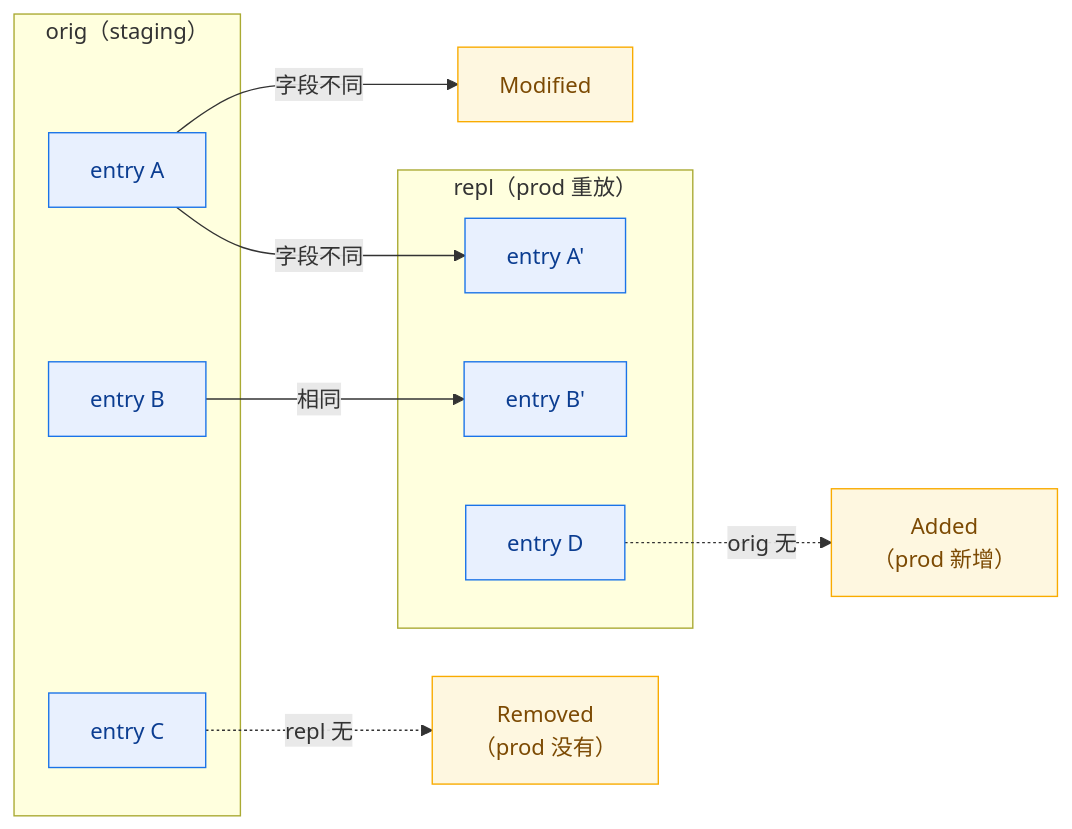
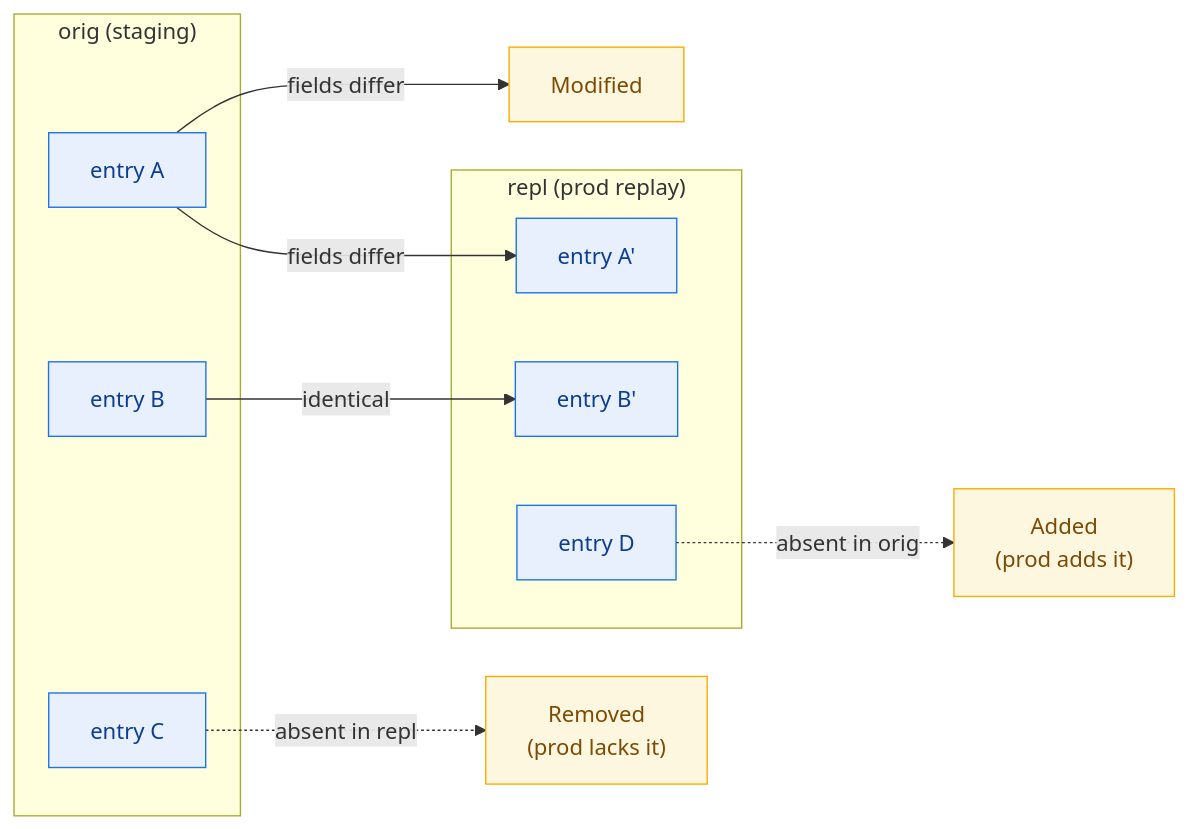
Before and after one commit to hitechcloud-vietnam/har-skills: the second of 3 diagrams in website/zh/workflows/api-migration.md, drawn with Mermaid. The commit also changed other lines of this file and 97 other files, not shown here.

````diff
--- a/website/zh/workflows/api-migration.md
+++ b/website/zh/workflows/api-migration.md
@@ -216,21 +220,21 @@
 ```mermaid
 flowchart LR
-    subgraph O["orig（staging）"]
+    subgraph O["orig (staging)"]
         A["entry A"]:::e
         B["entry B"]:::e
         C["entry C"]:::e
     end
-    subgraph R["repl（prod 重放）"]
+    subgraph R["repl (prod replay)"]
         A2["entry A'"]:::e
         B2["entry B'"]:::e
         D["entry D"]:::e
     end
-    A -- "字段不同" --> A2
-    B -- "相同" --> B2
-    C -. "repl 无" .-> REM["Removed<br/>（prod 没有）"]:::chg
-    D -. "orig 无" .-> ADD["Added<br/>（prod 新增）"]:::chg
-    A -- 字段不同 --> MOD["Modified"]:::chg
+    A -- "fields differ" --> A2
+    B -- "identical" --> B2
+    C -. "absent in repl" .-> REM["Removed<br/>(prod lacks it)"]:::chg
+    D -. "absent in orig" .-> ADD["Added<br/>(prod adds it)"]:::chg
+    A -- fields differ --> MOD["Modified"]:::chg
 
     classDef e fill:#e8f0fe,stroke:#1a73e8,color:#0b3d91
     classDef chg fill:#fef7e0,stroke:#f9ab00,color:#7c4a03
 ```
````
